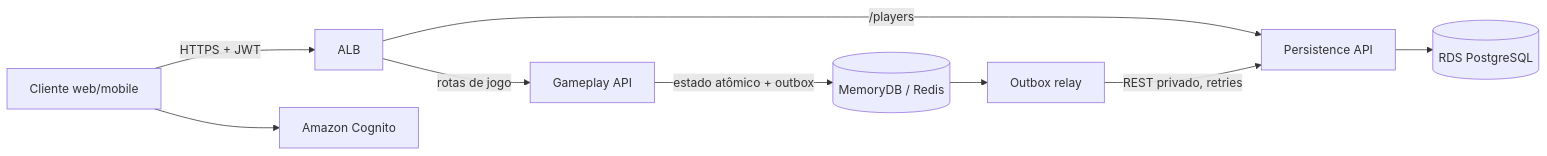
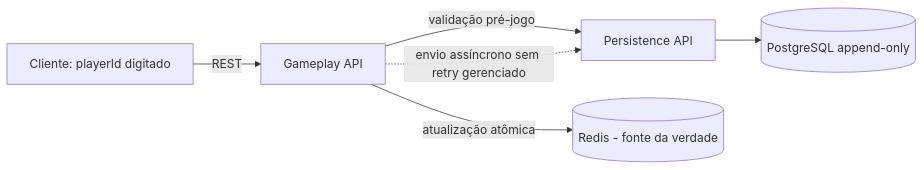
The diagram in backend/mvp/tech-docs/arquitetura-tecnica-mvp.md (rcoelho6/senha-the-guess), drawn with Mermaid before and after one commit. The commit also changed other lines of this file and 3 other files, not shown here.

````diff
--- a/backend/mvp/tech-docs/arquitetura-tecnica-mvp.md
+++ b/backend/mvp/tech-docs/arquitetura-tecnica-mvp.md
@@ -17,11 +19,8 @@
 ```mermaid
 flowchart LR
-    C[Cliente web/mobile] -->|HTTPS + JWT| A[ALB]
-    A -->|rotas de jogo| G[Gameplay API]
-    A -->|/players| P[Persistence API]
-    G -->|estado atômico + outbox| R[(MemoryDB / Redis)]
-    R --> O[Outbox relay]
-    O -->|REST privado, retries| P
-    P --> D[(RDS PostgreSQL)]
-    C --> I[Amazon Cognito]
+    C["Cliente: playerId digitado"] -->|REST| G[Gameplay API]
+    G -->|validação pré-jogo| P[Persistence API]
+    G -->|atualização atômica| R[(Redis - fonte da verdade)]
+    G -.->|envio assíncrono sem retry gerenciado| P
+    P --> D[(PostgreSQL append-only)]
 ```
````
